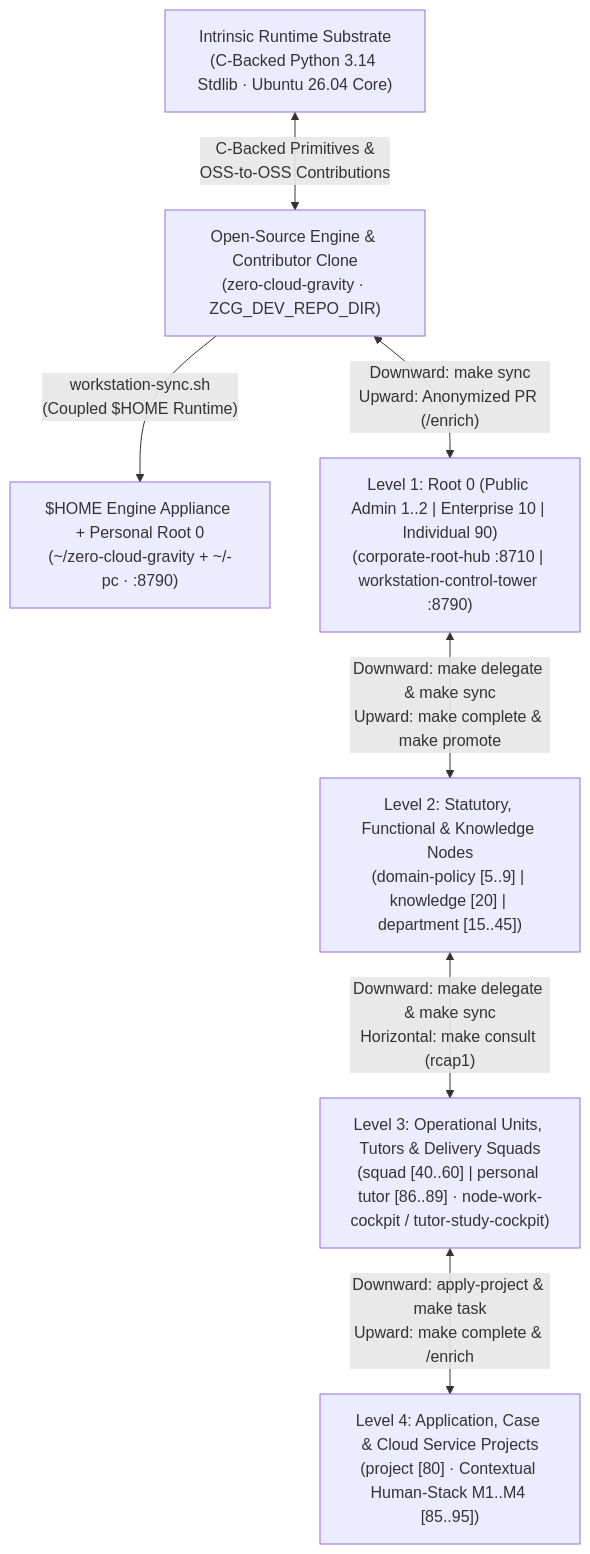
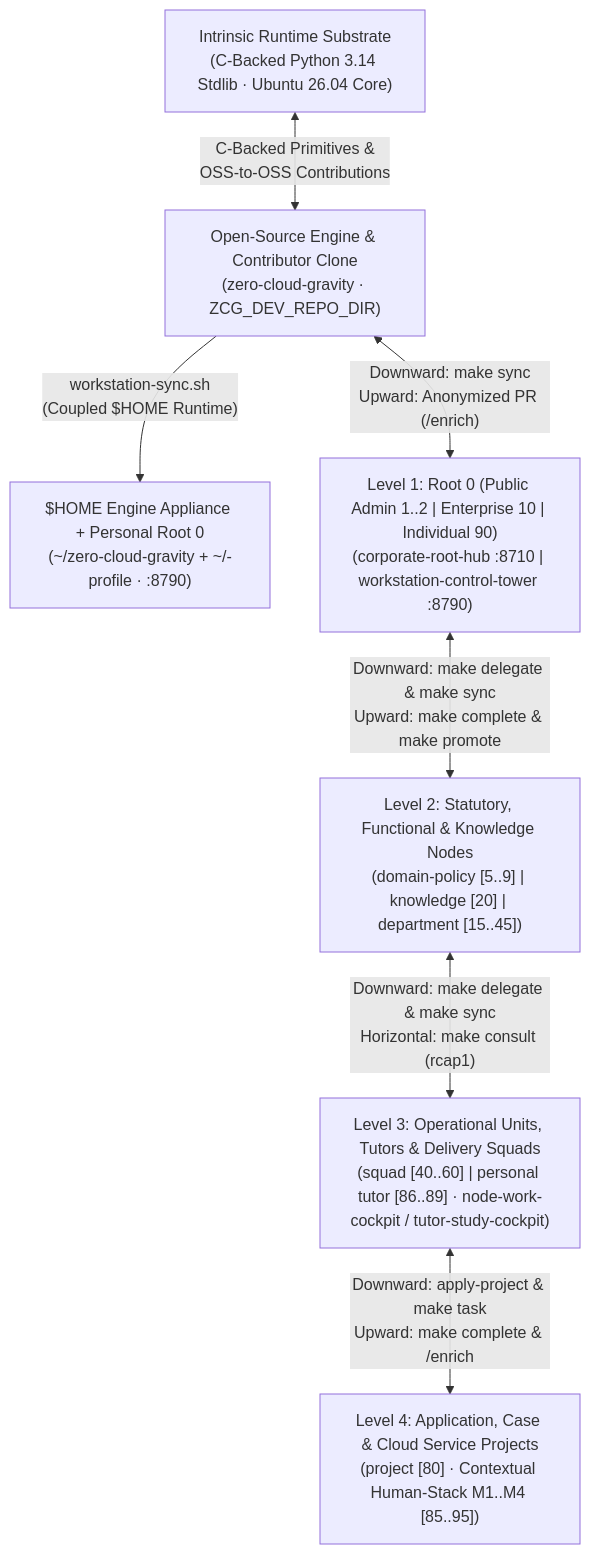
The diagram in README.md (mtwuser/zero-cloud-gravity), drawn with Mermaid before and after one commit. The commit also changed other lines of this file and 565 other files, not shown here.

Commit message:
chore(release): publish ZeroCloudGravity v1.2.0

````diff
--- a/README.md
+++ b/README.md
@@ -104,17 +117,17 @@
 ```mermaid
 flowchart TD
     SUB["Intrinsic Runtime Substrate\n(C-Backed Python 3.14 Stdlib · Ubuntu 26.04 Core)"]
     OSS["Open-Source Engine & Contributor Clone\n(zero-cloud-gravity · ZCG_DEV_REPO_DIR)"]
-    APP["$HOME Engine Appliance + Personal Root 0\n(~/zero-cloud-gravity + ~/<persona>-pc · :8790)"]
+    APP["$HOME Engine Appliance + Personal Root 0\n(~/zero-cloud-gravity + ~/<persona>-profile · :8790)"]
     CORP["Level 1: Root 0 (Public Admin 1..2 | Enterprise 10 | Individual 90)\n(corporate-root-hub :8710 | workstation-control-tower :8790)"]
     DEPT["Level 2: Statutory, Functional & Knowledge Nodes\n(domain-policy [5..9] | knowledge [20] | department [15..45])"]
     SQUAD["Level 3: Operational Units, Tutors & Delivery Squads\n(squad [40..60] | personal tutor [86..89] · node-work-cockpit / tutor-study-cockpit)"]
     PROJ["Level 4: Application, Case & Cloud Service Projects\n(project [80] · Contextual Human-Stack M1..M4 [85..95])"]
 
     SUB <-->|"C-Backed Primitives &\nOSS-to-OSS Contributions"| OSS
     OSS -->|"workstation-sync.sh\n(Coupled $HOME Runtime)"| APP
     OSS <-->|"Downward: make sync\nUpward: Anonymized PR (/enrich)"| CORP
     CORP <-->|"Downward: make delegate & make sync\nUpward: make complete & make promote"| DEPT
     DEPT <-->|"Downward: make delegate & make sync\nHorizontal: make consult (rcap1)"| SQUAD
     SQUAD <-->|"Downward: apply-project & make task\nUpward: make complete & /enrich"| PROJ
 ```
````
